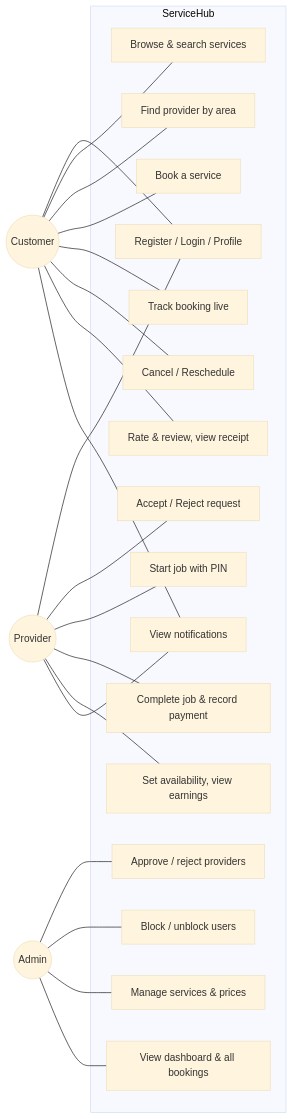
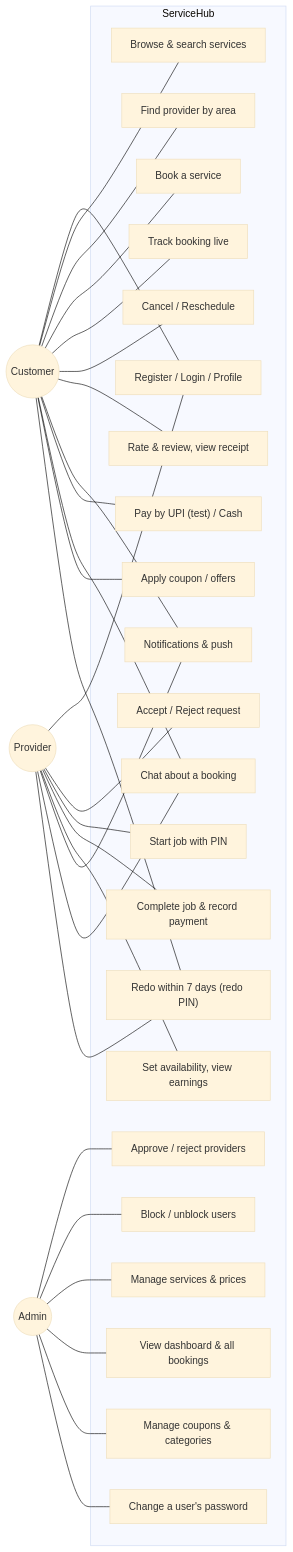
One commit to janvi0802/ServiceHub changed the third of 5 diagrams in docs/REPORT_KIT.md. Above: the diagram before and after it, drawn with Mermaid (base theme). The commit also changed other lines of this file and 27 other files, not shown here.

Commit message:
Area fallback, push opens the right page, change email, offers list, extras total limit, rule fix; updated README, code guide, report kit and project report

````diff
--- a/docs/REPORT_KIT.md
+++ b/docs/REPORT_KIT.md
@@ -157,29 +193,35 @@
 ```mermaid
 flowchart LR
     C(("Customer"))
     P(("Provider"))
     A(("Admin"))
 
     subgraph ServiceHub
         UC1["Register / Login / Profile"]
         UC2["Browse & search services"]
         UC3["Find provider by area"]
         UC4["Book a service"]
         UC5["Track booking live"]
         UC6["Cancel / Reschedule"]
         UC7["Rate & review, view receipt"]
         UC8["Accept / Reject request"]
         UC9["Start job with PIN"]
         UC10["Complete job & record payment"]
         UC11["Set availability, view earnings"]
         UC12["Approve / reject providers"]
         UC13["Block / unblock users"]
         UC14["Manage services & prices"]
         UC15["View dashboard & all bookings"]
-        UC16["View notifications"]
+        UC16["Notifications & push"]
+        UC17["Pay by UPI (test) / Cash"]
+        UC18["Chat about a booking"]
+        UC19["Apply coupon / offers"]
+        UC20["Redo within 7 days (redo PIN)"]
+        UC21["Manage coupons & categories"]
+        UC22["Change a user's password"]
     end
 
-    C --- UC1 & UC2 & UC3 & UC4 & UC5 & UC6 & UC7 & UC16
-    P --- UC1 & UC8 & UC9 & UC10 & UC11 & UC16
-    A --- UC12 & UC13 & UC14 & UC15
+    C --- UC1 & UC2 & UC3 & UC4 & UC5 & UC6 & UC7 & UC16 & UC17 & UC18 & UC19 & UC20
+    P --- UC1 & UC8 & UC9 & UC10 & UC11 & UC16 & UC18 & UC20
+    A --- UC12 & UC13 & UC14 & UC15 & UC21 & UC22
 ```
````
